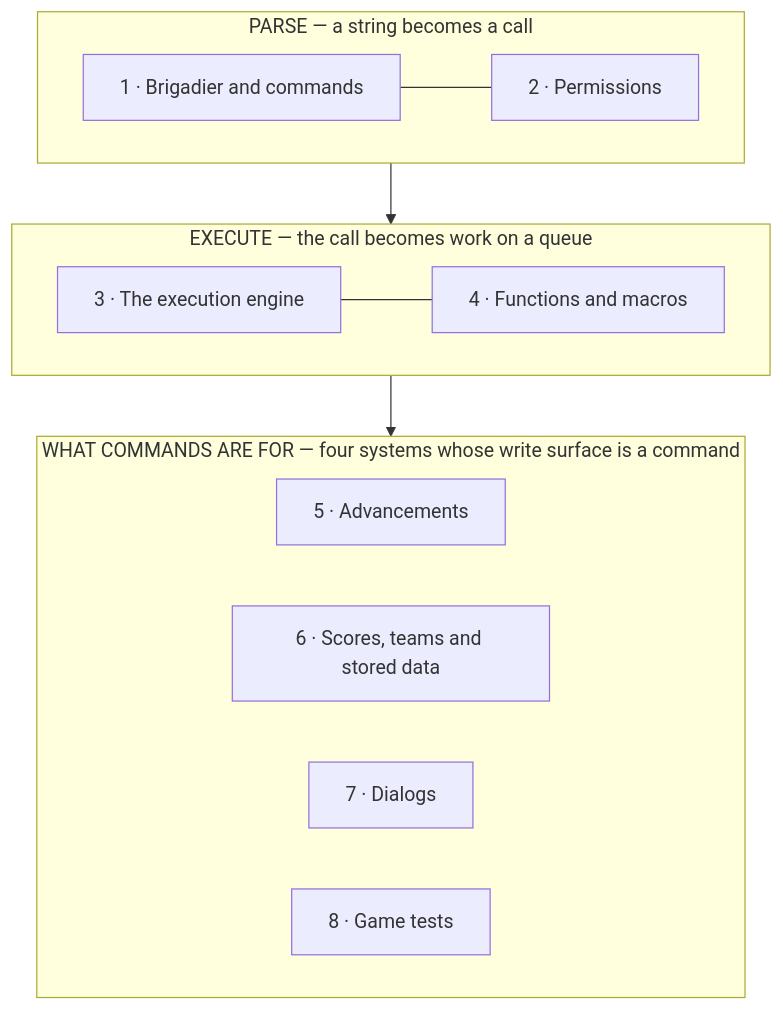
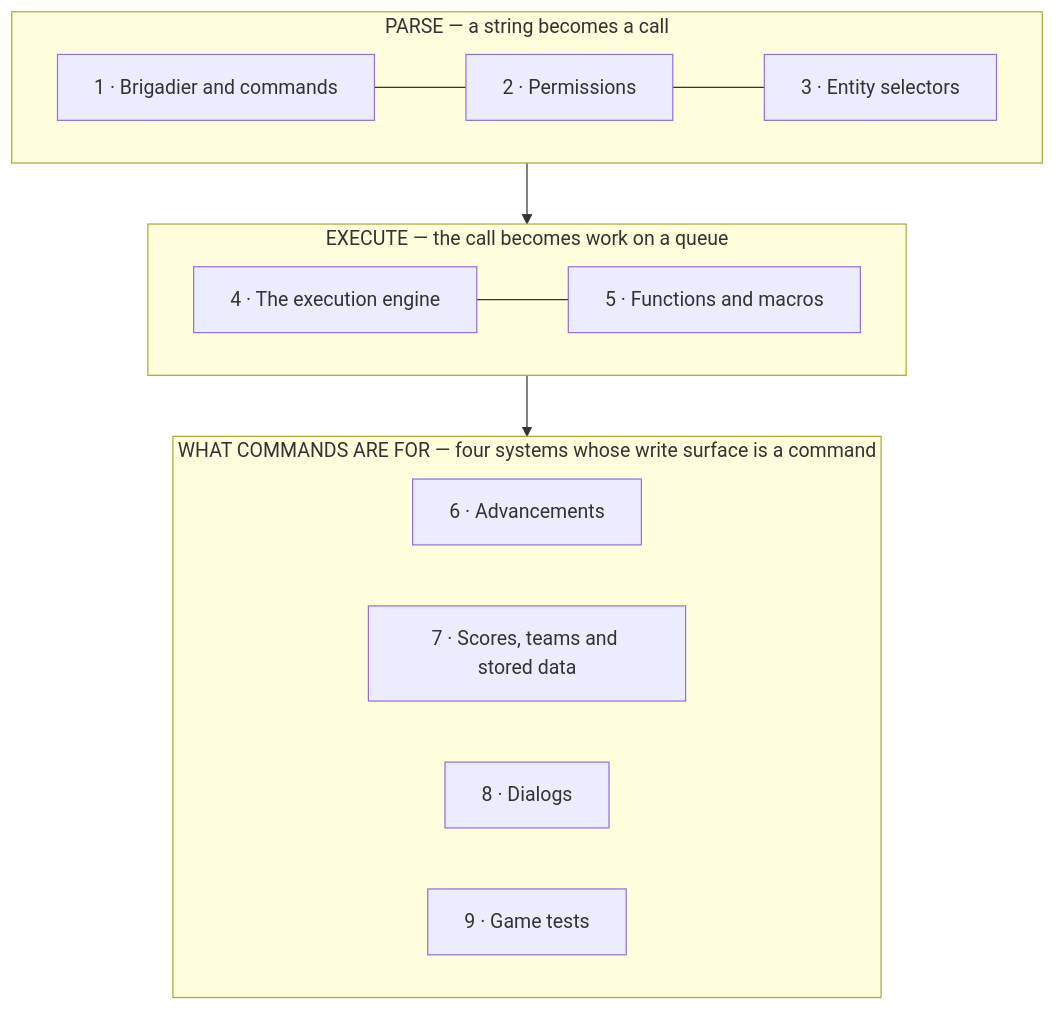
Before and after one commit to AlexanderjFraser/MinecraftDocs: the diagram in src/systems/commands/README.md, drawn with Mermaid. The commit also changed other lines of this file and 34 other files, not shown here.

First line of the commit message:
pass 3, session P — the lecture order and the close; pass 4 chartered

````diff
--- a/src/systems/commands/README.md
+++ b/src/systems/commands/README.md
@@ -31,20 +31,20 @@
 ```mermaid
 flowchart TB
     subgraph P["PARSE — a string becomes a call"]
         direction LR
-        L1["1 · Brigadier and commands"] --- L2["2 · Permissions"]
+        L1["1 · Brigadier and commands"] --- L2["2 · Permissions"] --- L2b["3 · Entity selectors"]
     end
     P --> X
     subgraph X["EXECUTE — the call becomes work on a queue"]
         direction LR
-        L3["3 · The execution engine"] --- L4["4 · Functions and macros"]
+        L3["4 · The execution engine"] --- L4["5 · Functions and macros"]
     end
     X --> U
     subgraph U["WHAT COMMANDS ARE FOR — four systems whose write surface is a command"]
         direction LR
-        L5["5 · Advancements"]
-        L6["6 · Scores, teams and stored data"]
-        L7["7 · Dialogs"]
-        L8["8 · Game tests"]
+        L5["6 · Advancements"]
+        L6["7 · Scores, teams and stored data"]
+        L7["8 · Dialogs"]
+        L8["9 · Game tests"]
     end
 ```
````
